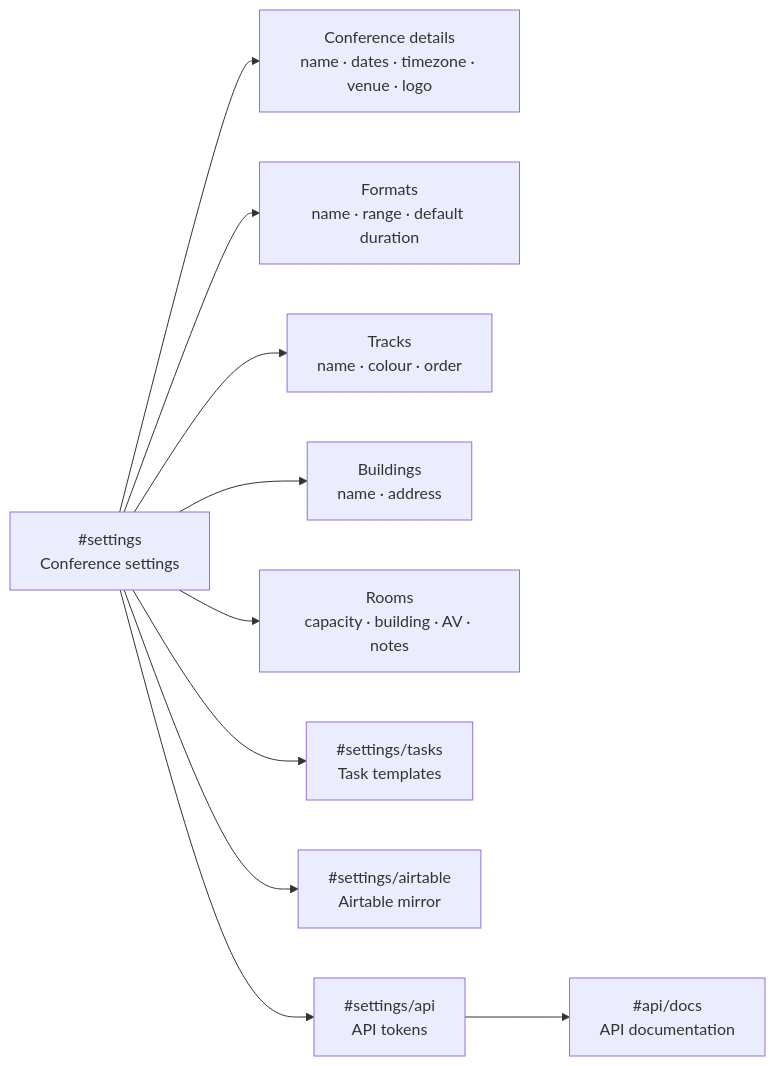
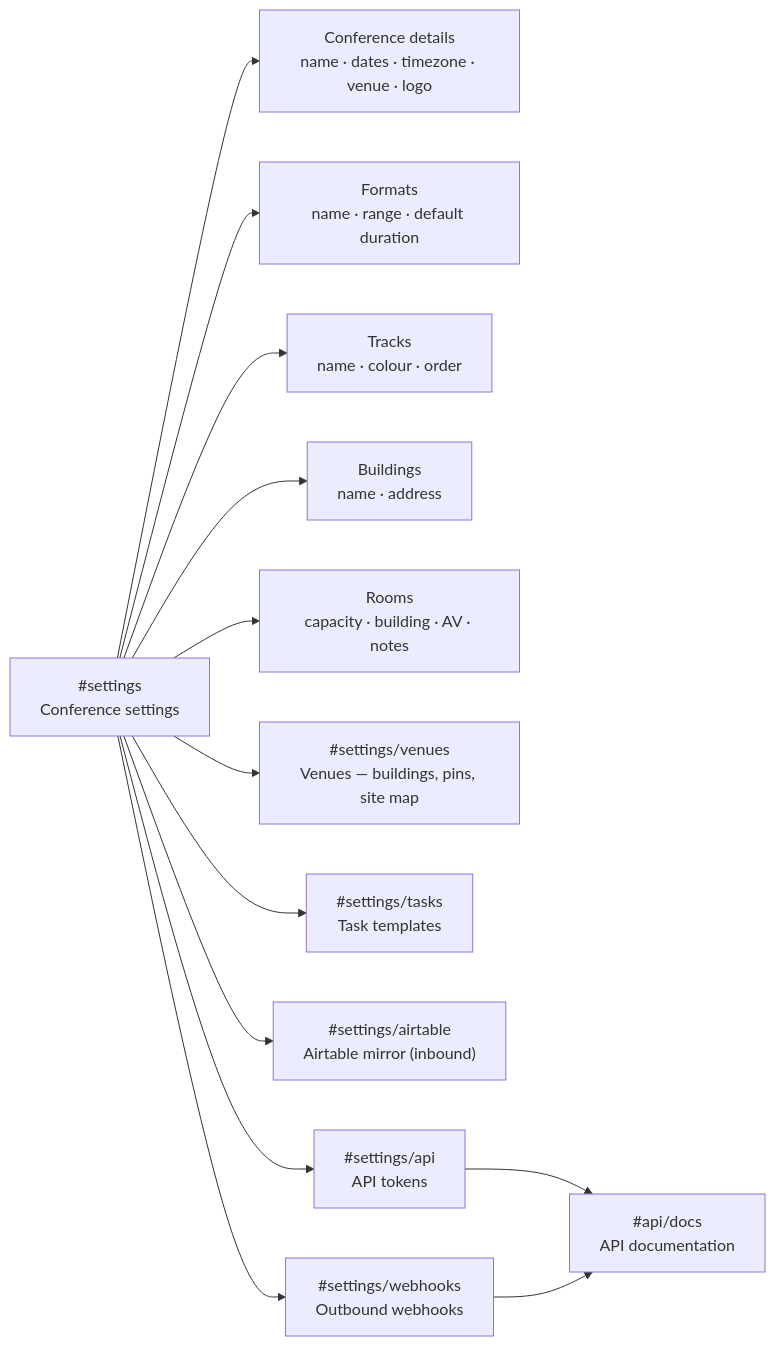
Before and after one commit to Stage-11-Agentics/marquee: the third of 6 diagrams in SITEMAP.md, drawn with Mermaid. The commit also changed other lines of this file and 31 other files, not shown here.

````diff
--- a/SITEMAP.md
+++ b/SITEMAP.md
@@ -126,14 +126,17 @@
 ```mermaid
 flowchart LR
   Set["#settings<br/>Conference settings"]
   Set --> Details["Conference details<br/>name · dates · timezone · venue · logo"]
   Set --> Formats["Formats<br/>name · range · default duration"]
   Set --> Tracks["Tracks<br/>name · colour · order"]
   Set --> Buildings["Buildings<br/>name · address"]
   Set --> Rooms["Rooms<br/>capacity · building · AV · notes"]
 
+  Set --> Venues["#settings/venues<br/>Venues — buildings, pins, site map"]
   Set --> Tasks["#settings/tasks<br/>Task templates"]
-  Set --> Air["#settings/airtable<br/>Airtable mirror"]
+  Set --> Air["#settings/airtable<br/>Airtable mirror (inbound)"]
   Set --> Tokens["#settings/api<br/>API tokens"]
+  Set --> Hooks["#settings/webhooks<br/>Outbound webhooks"]
   Tokens --> Docs["#api/docs<br/>API documentation"]
+  Hooks --> Docs
 ```
````
